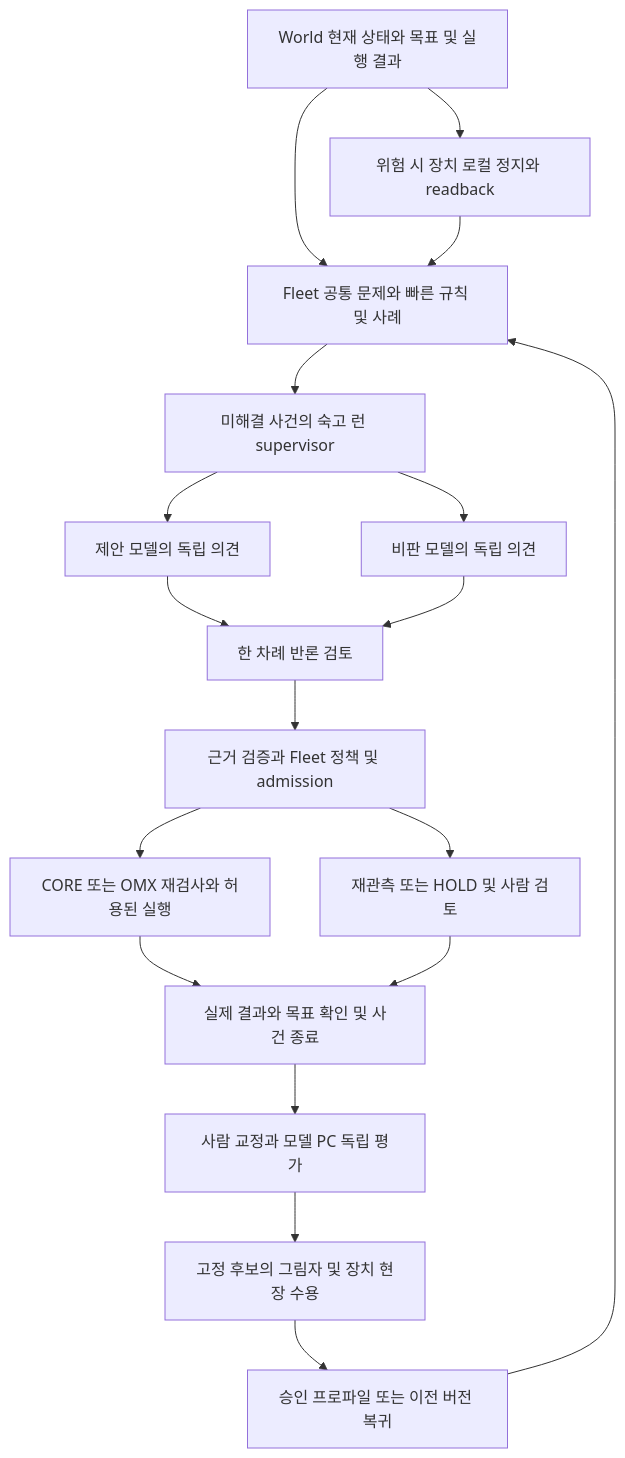
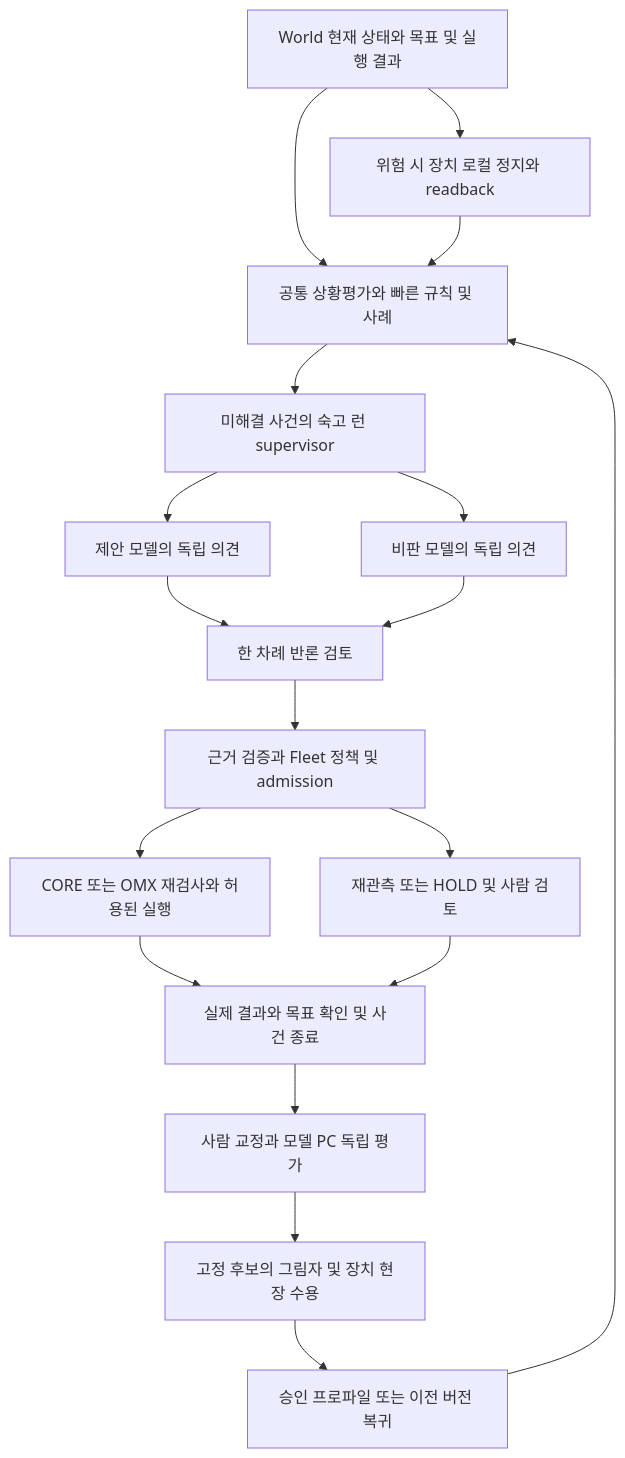
One commit to robotics-team-1213/rosy-platform changed the diagram in docs/plans/2026-10-11-fleet-deliberation-loop-design.md. Above: the diagram before and after it, drawn with Mermaid. The commit also changed other lines of this file and 13 other files, not shown here.

````diff
--- a/docs/plans/2026-10-11-fleet-deliberation-loop-design.md
+++ b/docs/plans/2026-10-11-fleet-deliberation-loop-design.md
@@ -21,20 +21,20 @@
 ```mermaid
 flowchart TD
-  A[World 현재 상태와 목표 및 실행 결과] --> C[Fleet 공통 문제와 빠른 규칙 및 사례]
+  A[World 현재 상태와 목표 및 실행 결과] --> C[공통 상황평가와 빠른 규칙 및 사례]
   A --> B[위험 시 장치 로컬 정지와 readback]
   B --> C
   C --> D[미해결 사건의 숙고 런 supervisor]
   D --> E[제안 모델의 독립 의견]
   D --> F[비판 모델의 독립 의견]
   E --> G[한 차례 반론 검토]
   F --> G
   G --> H[근거 검증과 Fleet 정책 및 admission]
   H --> I[CORE 또는 OMX 재검사와 허용된 실행]
   H --> J[재관측 또는 HOLD 및 사람 검토]
   I --> K[실제 결과와 목표 확인 및 사건 종료]
   J --> K
   K --> L[사람 교정과 모델 PC 독립 평가]
   L --> M[고정 후보의 그림자 및 장치 현장 수용]
   M --> N[승인 프로파일 또는 이전 버전 복귀]
   N --> C
 ```
````
